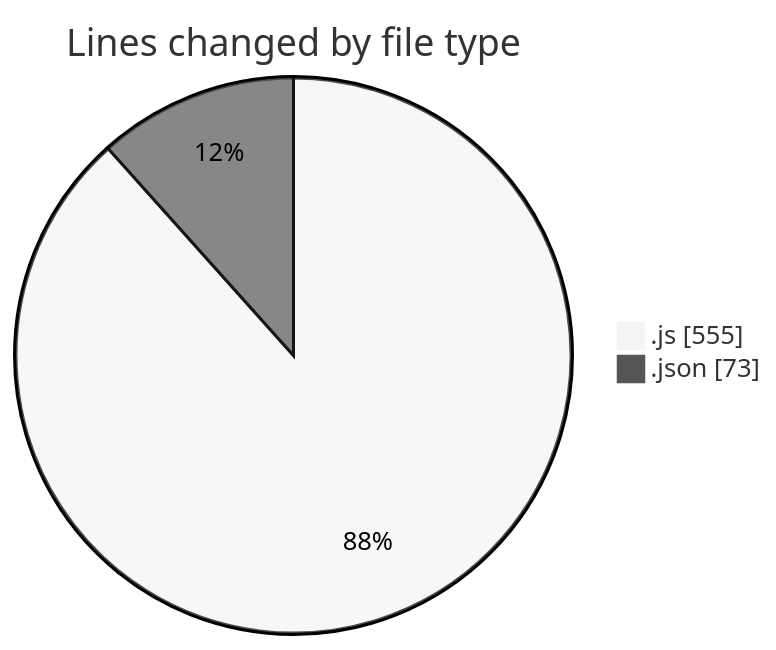
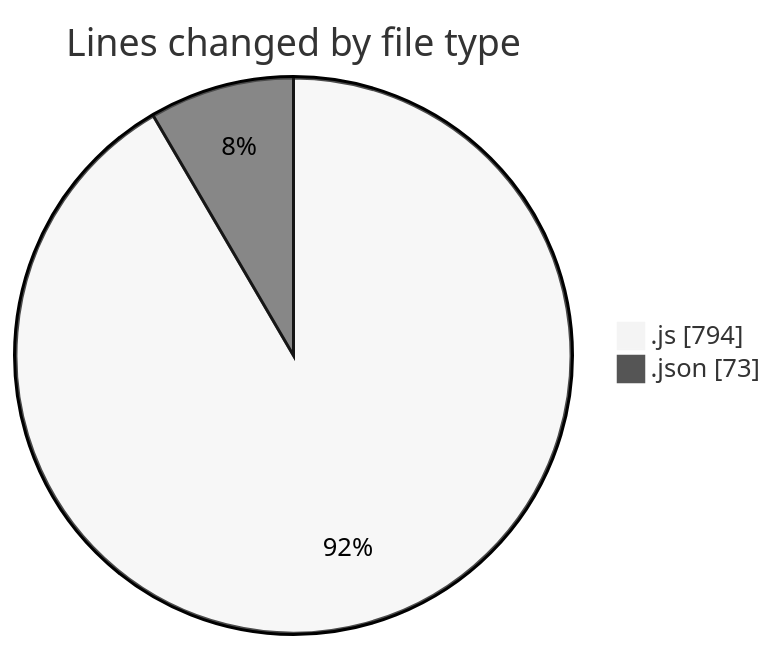
The first of 2 diagrams in 2026-03-23/cda/README.md (momahboobian/code-tracking), drawn with Mermaid (neutral theme) before and after one commit. The commit also changed other lines of this file and 1 other file, not shown here.

````diff
--- a/2026-03-23/cda/README.md
+++ b/2026-03-23/cda/README.md
@@ -22,6 +23,6 @@
 ```mermaid
 pie showData
 title Lines changed by file type
-".js" : 555
+".js" : 794
 ".json" : 73
 ```
````
